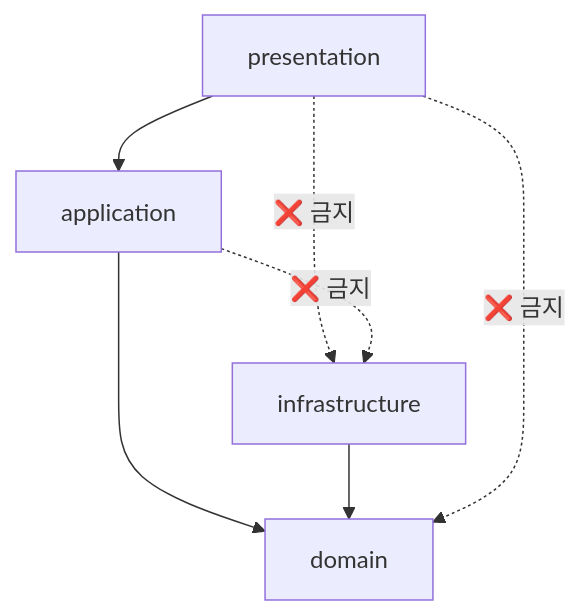
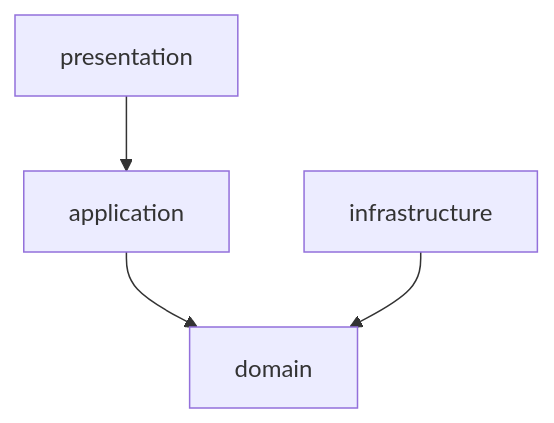
Before and after one commit to advanced-beginner/advanced-beginner.github.io: the third of 5 diagrams in content/ko/ddd/concepts/layered-architecture.md, drawn with Mermaid. The commit also changed other lines of this file and 13 other files, not shown here.

````diff
--- a/content/ko/ddd/concepts/layered-architecture.md
+++ b/content/ko/ddd/concepts/layered-architecture.md
@@ -491,15 +482,11 @@
 ```mermaid
 flowchart TB
     P["presentation"]
     A["application"]
     D["domain"]
     I["infrastructure"]
 
     P --> A
     A --> D
     I --> D
-
-    P -.->|"❌ 금지"| D
-    P -.->|"❌ 금지"| I
-    A -.->|"❌ 금지"| I
 ```
````
